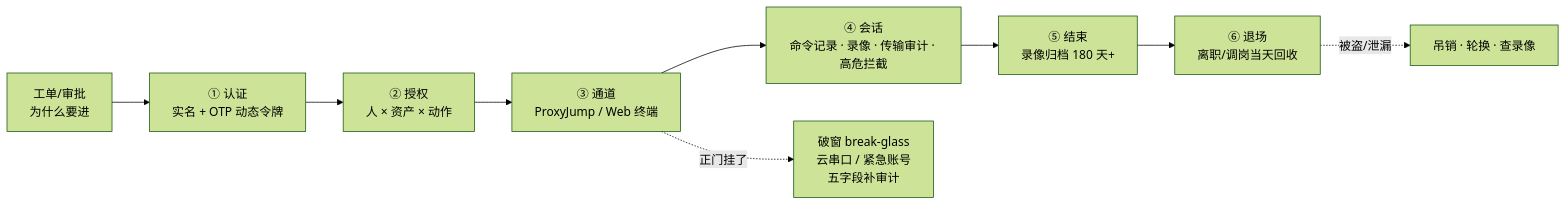
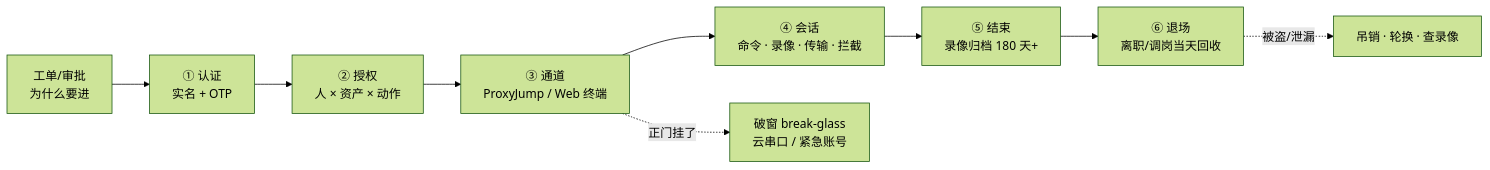
Before and after one commit to ml-cuizijun/LearnToLilith: the first of 5 diagrams in 01-基础底座/28-堡垒机与跳板机/知识点.md, drawn with Mermaid (forest theme). The commit also changed other lines of this file and 178 other files, not shown here.

````diff
--- a/01-基础底座/28-堡垒机与跳板机/知识点.md
+++ b/01-基础底座/28-堡垒机与跳板机/知识点.md
@@ -21,11 +15,11 @@
 ```mermaid
 flowchart LR
-    TICKET["工单/审批<br/>为什么要进"] --> AUTH["① 认证<br/>实名 + OTP 动态令牌"]
+    TICKET["工单/审批<br/>为什么要进"] --> AUTH["① 认证<br/>实名 + OTP"]
     AUTH --> AUTHZ["② 授权<br/>人 × 资产 × 动作"]
     AUTHZ --> CH["③ 通道<br/>ProxyJump / Web 终端"]
-    CH --> SES["④ 会话<br/>命令记录 · 录像 · 传输审计 · 高危拦截"]
+    CH --> SES["④ 会话<br/>命令 · 录像 · 传输 · 拦截"]
     SES --> END["⑤ 结束<br/>录像归档 180 天+"]
     END --> OFF["⑥ 退场<br/>离职/调岗当天回收"]
-    CH -. "正门挂了" .-> BG["破窗 break-glass<br/>云串口 / 紧急账号<br/>五字段补审计"]
+    CH -. "正门挂了" .-> BG["破窗 break-glass<br/>云串口 / 紧急账号"]
     OFF -. "被盗/泄漏" .-> R["吊销 · 轮换 · 查录像"]
 ```
````
